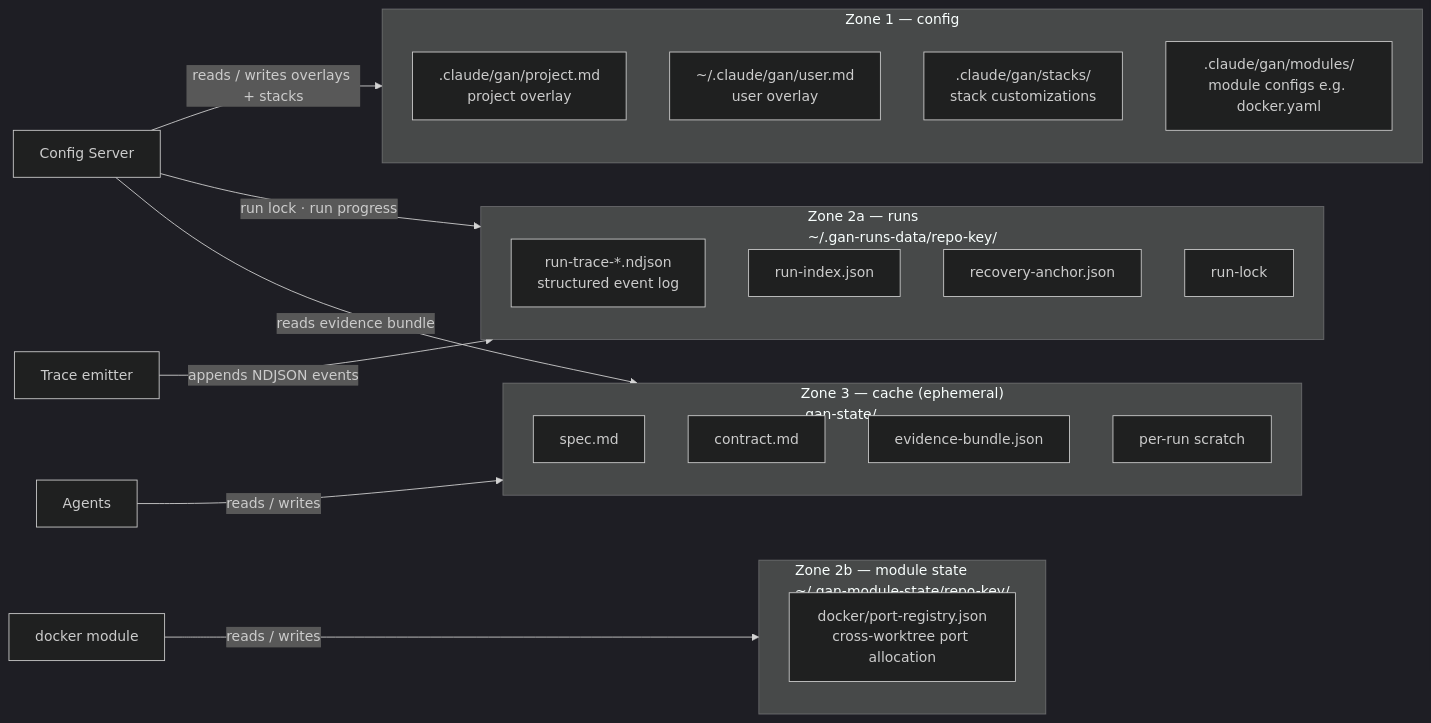
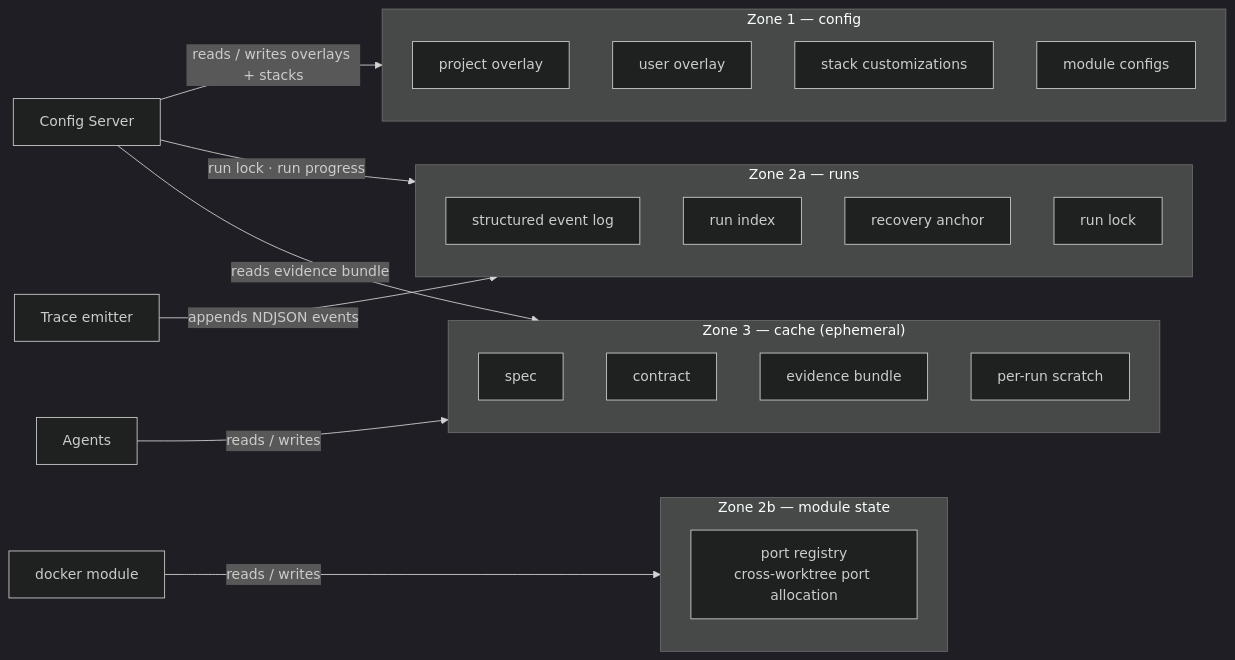
One commit to Thomas-AppForceOne/ClaudeAgents changed the fourth of 5 diagrams in documentation/subsystem-architecture.md. Above: the diagram before and after it, drawn with Mermaid (dark theme). The commit also changed other lines of this file, not shown here.

Commit message:
docs: remove all file paths from diagrams

````diff
--- a/documentation/subsystem-architecture.md
+++ b/documentation/subsystem-architecture.md
@@ -158,43 +158,43 @@
 ```mermaid
 flowchart LR
     subgraph Z1["Zone 1 — config"]
         direction TB
-        OVP[".claude/gan/project.md\nproject overlay"]
-        OVU["~/.claude/gan/user.md\nuser overlay"]
-        CST[".claude/gan/stacks/\nstack customizations"]
-        CMC[".claude/gan/modules/\nmodule configs e.g. docker.yaml"]
+        OVP["project overlay"]
+        OVU["user overlay"]
+        CST["stack customizations"]
+        CMC["module configs"]
     end
 
-    subgraph Z2R["Zone 2a — runs\n~/.gan-runs-data/repo-key/"]
+    subgraph Z2R["Zone 2a — runs"]
         direction TB
-        RT["run-trace-*.ndjson\nstructured event log"]
-        RI["run-index.json"]
-        RA["recovery-anchor.json"]
-        RL["run-lock"]
+        RT["structured event log"]
+        RI["run index"]
+        RA["recovery anchor"]
+        RL["run lock"]
     end
 
-    subgraph Z2M["Zone 2b — module state\n~/.gan-module-state/repo-key/"]
+    subgraph Z2M["Zone 2b — module state"]
         direction TB
-        PR["docker/port-registry.json\ncross-worktree port allocation"]
+        PR["port registry\ncross-worktree port allocation"]
     end
 
-    subgraph Z3["Zone 3 — cache (ephemeral)\n.gan-state/"]
+    subgraph Z3["Zone 3 — cache (ephemeral)"]
         direction TB
-        SP["spec.md"]
-        CO["contract.md"]
-        EB["evidence-bundle.json"]
+        SP["spec"]
+        CO["contract"]
+        EB["evidence bundle"]
         SC["per-run scratch"]
     end
 
     CS["Config Server"]
     TR["Trace emitter"]
     DK["docker module"]
     AG["Agents"]
 
     CS -->|"reads / writes overlays + stacks"| Z1
     CS -->|"run lock · run progress"| Z2R
     TR -->|"appends NDJSON events"| Z2R
     DK -->|"reads / writes"| Z2M
     AG -->|"reads / writes"| Z3
     CS -->|"reads evidence bundle"| Z3
 ```
````
